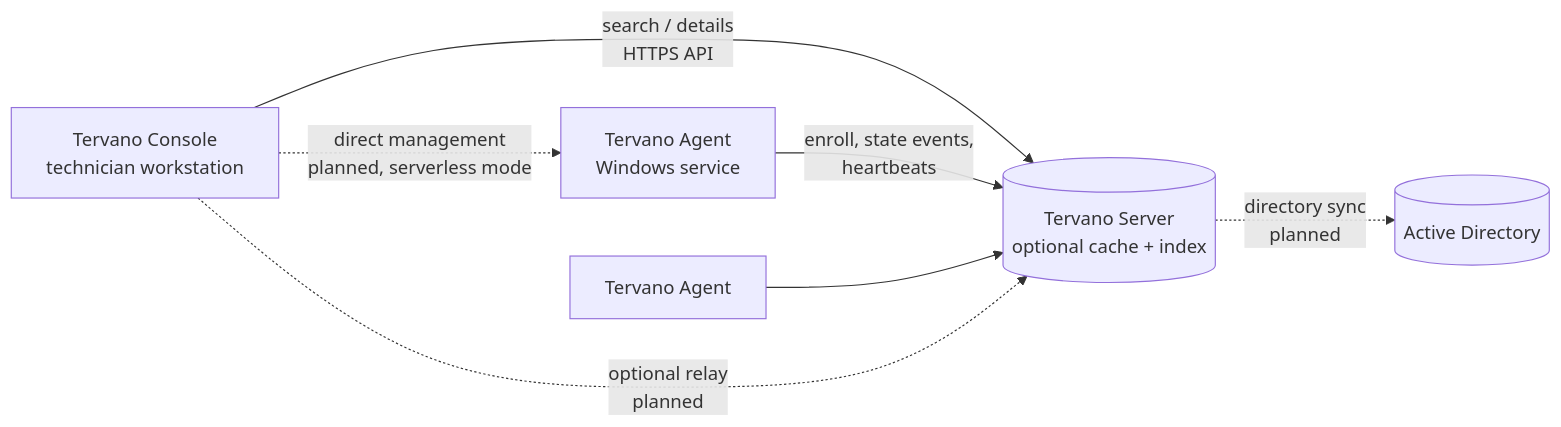
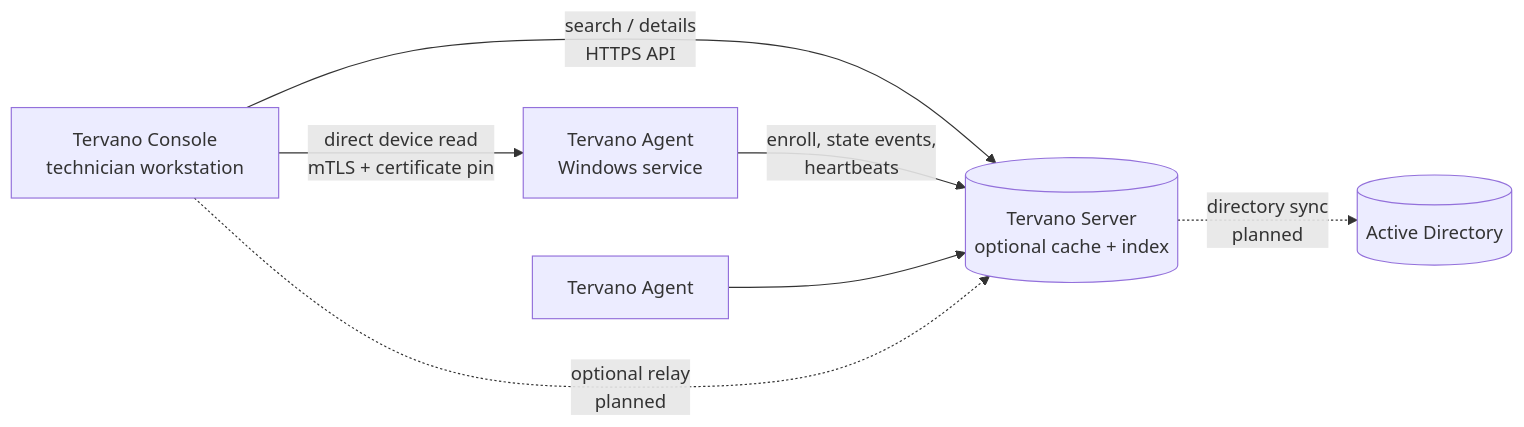
The diagram in README.md (Tervano/Tervano), drawn with Mermaid before and after one commit. The commit also changed other lines of this file and 9 other files, not shown here.

````diff
--- a/README.md
+++ b/README.md
@@ -13,9 +13,9 @@
 ```mermaid
 flowchart LR
     C[Tervano Console<br/>technician workstation] -- search / details<br/>HTTPS API --> S[(Tervano Server<br/>optional cache + index)]
     A1[Tervano Agent<br/>Windows service] -- enroll, state events,<br/>heartbeats --> S
     A2[Tervano Agent] --> S
     S -. directory sync<br/>planned .-> AD[(Active Directory)]
-    C -. direct management<br/>planned, serverless mode .-> A1
+    C -- direct device read<br/>mTLS + certificate pin --> A1
     C -. optional relay<br/>planned .-> S
 ```
````
